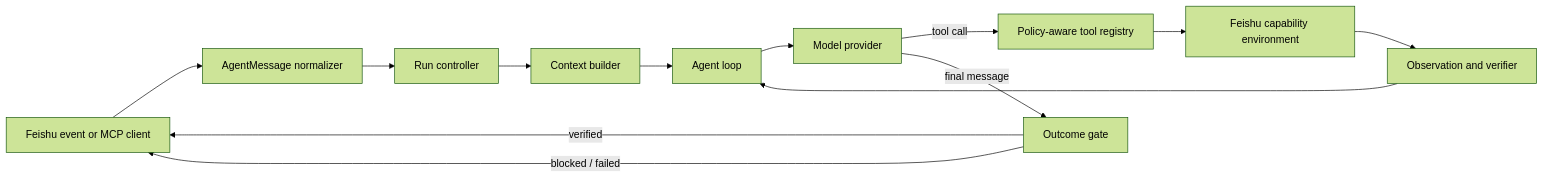
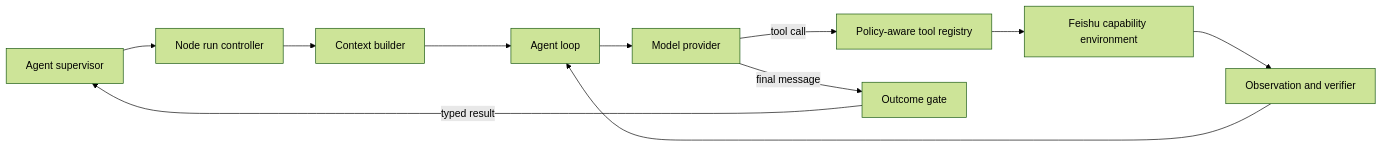
One commit to ymouzhang/Codex2Lark changed the diagram in docs/agent-harness.md. Above: the diagram before and after it, drawn with Mermaid (forest theme). The commit also changed other lines of this file and 15 other files, not shown here.

````diff
--- a/docs/agent-harness.md
+++ b/docs/agent-harness.md
@@ -26,15 +26,13 @@
 ```mermaid
 flowchart LR
-    Channel[Feishu event or MCP client] --> Normalize[AgentMessage normalizer]
-    Normalize --> Run[Run controller]
+    Supervisor[Agent supervisor] --> Run[Node run controller]
     Run --> Context[Context builder]
     Context --> Loop[Agent loop]
     Loop --> Model[Model provider]
     Model -->|tool call| Tools[Policy-aware tool registry]
     Tools --> Env[Feishu capability environment]
     Env --> Verify[Observation and verifier]
     Verify --> Loop
     Model -->|final message| Outcome[Outcome gate]
-    Outcome -->|verified| Channel
-    Outcome -->|blocked / failed| Channel
+    Outcome -->|typed result| Supervisor
 ```
````
